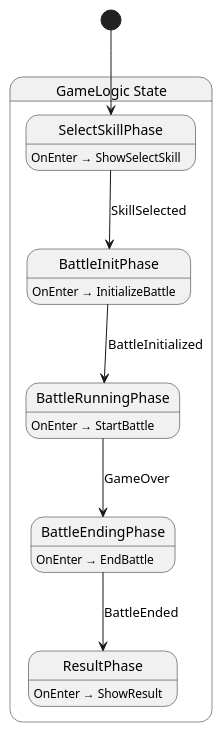
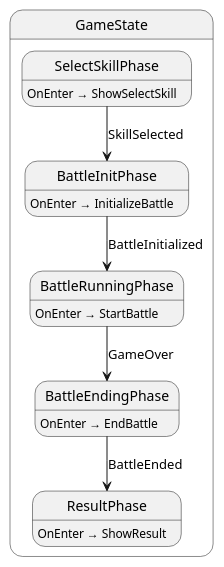
One commit to Ygoat/EternalJourney changed the diagram in src/game/state/GameLogic.g.puml. Above: the diagram before and after it, drawn with PlantUML. The commit also changed 56 other files, not shown here.

```diff
--- a/src/game/state/GameLogic.g.puml
+++ b/src/game/state/GameLogic.g.puml
@@ -1,22 +1,20 @@
-@startuml GameLogic
-state "GameLogic State" as EternalJourney_Game_State_GameLogic_State {
-  state "BattleEndingPhase" as EternalJourney_Game_State_GameLogic_State_BattleEndingPhase
-  state "BattleInitPhase" as EternalJourney_Game_State_GameLogic_State_BattleInitPhase
-  state "BattleRunningPhase" as EternalJourney_Game_State_GameLogic_State_BattleRunningPhase
-  state "ResultPhase" as EternalJourney_Game_State_GameLogic_State_ResultPhase
-  state "SelectSkillPhase" as EternalJourney_Game_State_GameLogic_State_SelectSkillPhase
+@startuml GameState
+state "GameState" as EternalJourney_Game_State_GameState {
+  state "BattleEndingPhase" as EternalJourney_Game_State_GameState_BattleEndingPhase
+  state "BattleInitPhase" as EternalJourney_Game_State_GameState_BattleInitPhase
+  state "BattleRunningPhase" as EternalJourney_Game_State_GameState_BattleRunningPhase
+  state "ResultPhase" as EternalJourney_Game_State_GameState_ResultPhase
+  state "SelectSkillPhase" as EternalJourney_Game_State_GameState_SelectSkillPhase
 }
 
-EternalJourney_Game_State_GameLogic_State_BattleEndingPhase --> EternalJourney_Game_State_GameLogic_State_ResultPhase : BattleEnded
-EternalJourney_Game_State_GameLogic_State_BattleInitPhase --> EternalJourney_Game_State_GameLogic_State_BattleRunningPhase : BattleInitialized
-EternalJourney_Game_State_GameLogic_State_BattleRunningPhase --> EternalJourney_Game_State_GameLogic_State_BattleEndingPhase : GameOver
-EternalJourney_Game_State_GameLogic_State_SelectSkillPhase --> EternalJourney_Game_State_GameLogic_State_BattleInitPhase : SkillSelected
+EternalJourney_Game_State_GameState_BattleEndingPhase --> EternalJourney_Game_State_GameState_ResultPhase : BattleEnded
+EternalJourney_Game_State_GameState_BattleInitPhase --> EternalJourney_Game_State_GameState_BattleRunningPhase : BattleInitialized
+EternalJourney_Game_State_GameState_BattleRunningPhase --> EternalJourney_Game_State_GameState_BattleEndingPhase : GameOver
+EternalJourney_Game_State_GameState_SelectSkillPhase --> EternalJourney_Game_State_GameState_BattleInitPhase : SkillSelected
 
-EternalJourney_Game_State_GameLogic_State_BattleEndingPhase : OnEnter → EndBattle
-EternalJourney_Game_State_GameLogic_State_BattleInitPhase : OnEnter → InitializeBattle
-EternalJourney_Game_State_GameLogic_State_BattleRunningPhase : OnEnter → StartBattle
-EternalJourney_Game_State_GameLogic_State_ResultPhase : OnEnter → ShowResult
-EternalJourney_Game_State_GameLogic_State_SelectSkillPhase : OnEnter → ShowSelectSkill
-
-[*] --> EternalJourney_Game_State_GameLogic_State_SelectSkillPhase
+EternalJourney_Game_State_GameState_BattleEndingPhase : OnEnter → EndBattle
+EternalJourney_Game_State_GameState_BattleInitPhase : OnEnter → InitializeBattle
+EternalJourney_Game_State_GameState_BattleRunningPhase : OnEnter → StartBattle
+EternalJourney_Game_State_GameState_ResultPhase : OnEnter → ShowResult
+EternalJourney_Game_State_GameState_SelectSkillPhase : OnEnter → ShowSelectSkill
 @enduml
```
